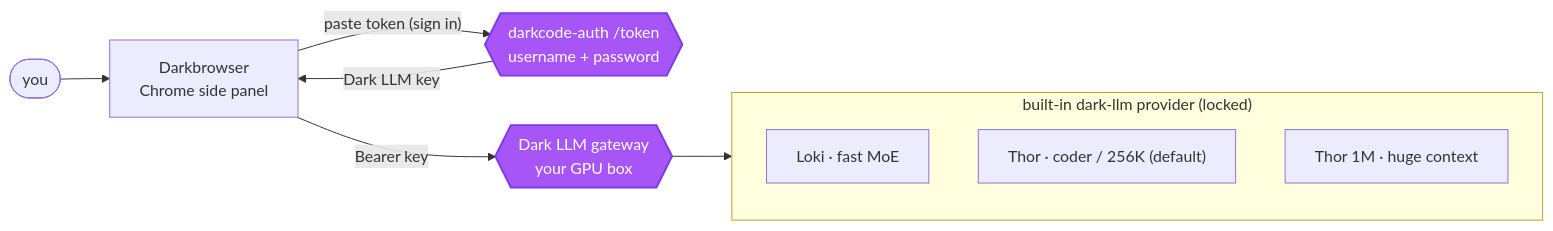
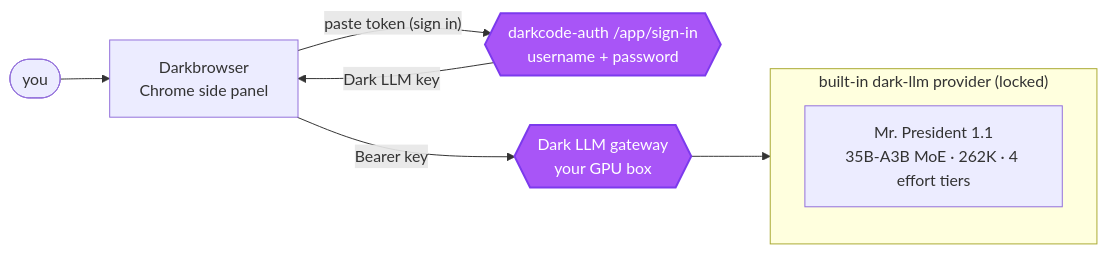
Before and after one commit to dark-crop/darkbrowser-chrome: the diagram in README.md, drawn with Mermaid. The commit also changed other lines of this file, not shown here.

Commit message:
docs(readme): update to Mr. President 1.1 + /app/sign-in (drop Thor/Loki/token)

````diff
--- a/README.md
+++ b/README.md
@@ -59,18 +59,16 @@
 ```mermaid
 flowchart LR
     U(["you"]) --> DB["Darkbrowser<br/>Chrome side panel"]
-    DB -->|"paste token (sign in)"| AUTH{{"darkcode-auth /token<br/>username + password"}}
+    DB -->|"paste token (sign in)"| AUTH{{"darkcode-auth /app/sign-in<br/>username + password"}}
     AUTH -->|"Dark LLM key"| DB
     DB -->|"Bearer key"| G{{"Dark LLM gateway<br/>your GPU box"}}
 
-    subgraph lanes["built-in dark-llm provider (locked)"]
+    subgraph lane["built-in dark-llm provider (locked)"]
         direction TB
-        LK["Loki · fast MoE"]
-        TH["Thor · coder / 256K (default)"]
-        T1["Thor 1M · huge context"]
+        MP["Mr. President 1.1<br/>35B-A3B MoE · 262K · 4 effort tiers"]
     end
-    G --> lanes
+    G --> lane
 
     classDef hub fill:#a855f7,stroke:#7c3aed,stroke-width:2px,color:#fff
     class G,AUTH hub
 ```
````
